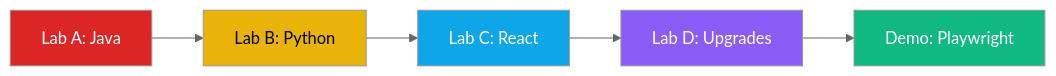
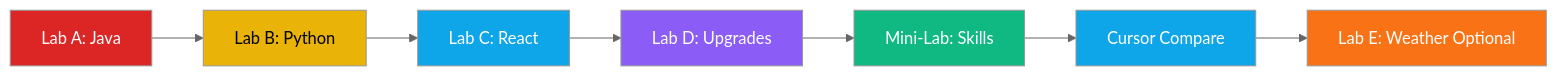
Before and after one commit to kousen/junie-training: the fifth of 8 diagrams in slides.md, drawn with Mermaid (neutral theme). The commit also changed other lines of this file and 29 other files, not shown here.

````diff
--- a/slides.md
+++ b/slides.md
@@ -608,13 +566,17 @@
 ```mermaid
 graph LR
     A[Lab A: Java] --> B[Lab B: Python]
     B --> C[Lab C: React]
     C --> D[Lab D: Upgrades]
-    D --> E[Demo: Playwright]
+    D --> E[Mini-Lab: Skills]
+    E --> F[Cursor Compare]
+    F --> G[Lab E: Weather Optional]
     
     style A fill:#dc2626,color:#fff
     style B fill:#eab308,color:#000
     style C fill:#0ea5e9,color:#fff
     style D fill:#8b5cf6,color:#fff
     style E fill:#10b981,color:#fff
+    style F fill:#0ea5e9,color:#fff
+    style G fill:#f97316,color:#fff
 ```
````
